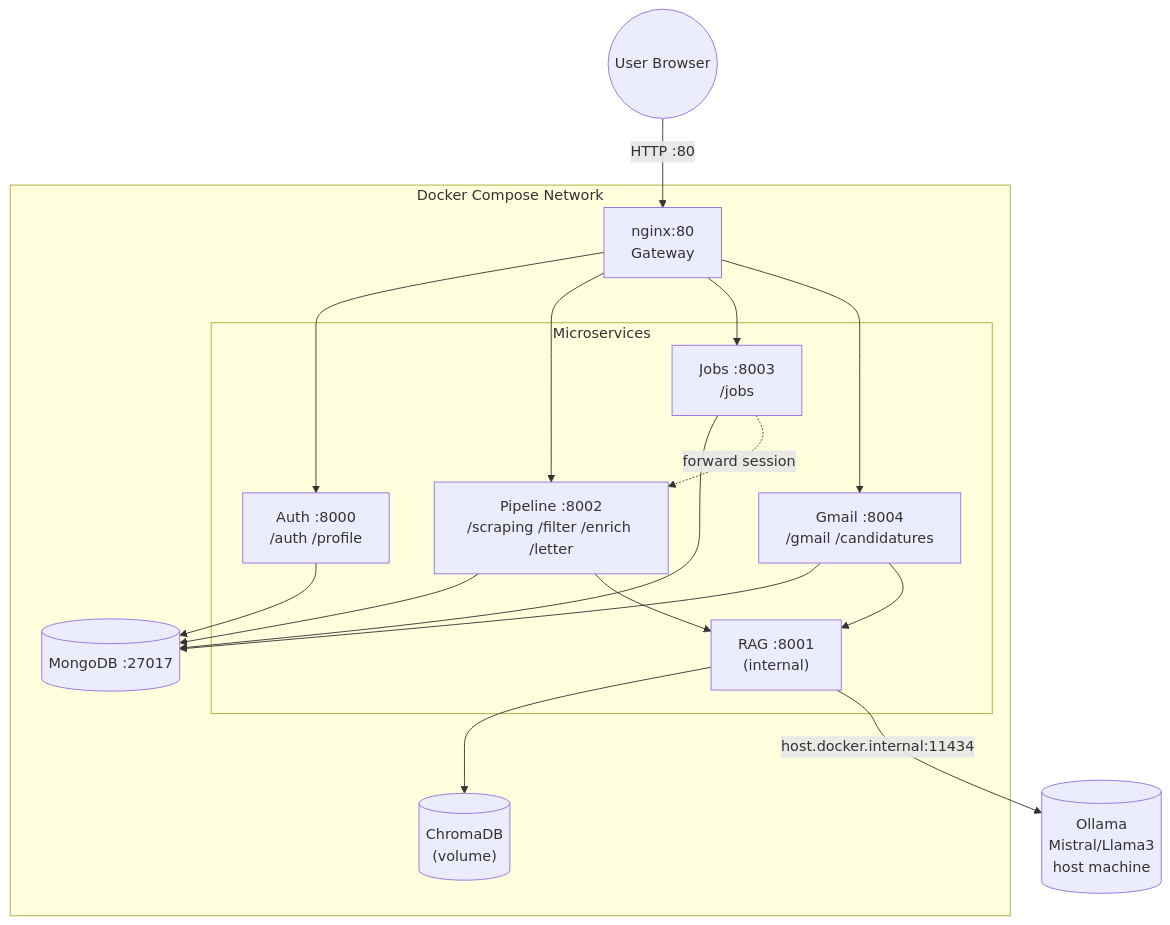
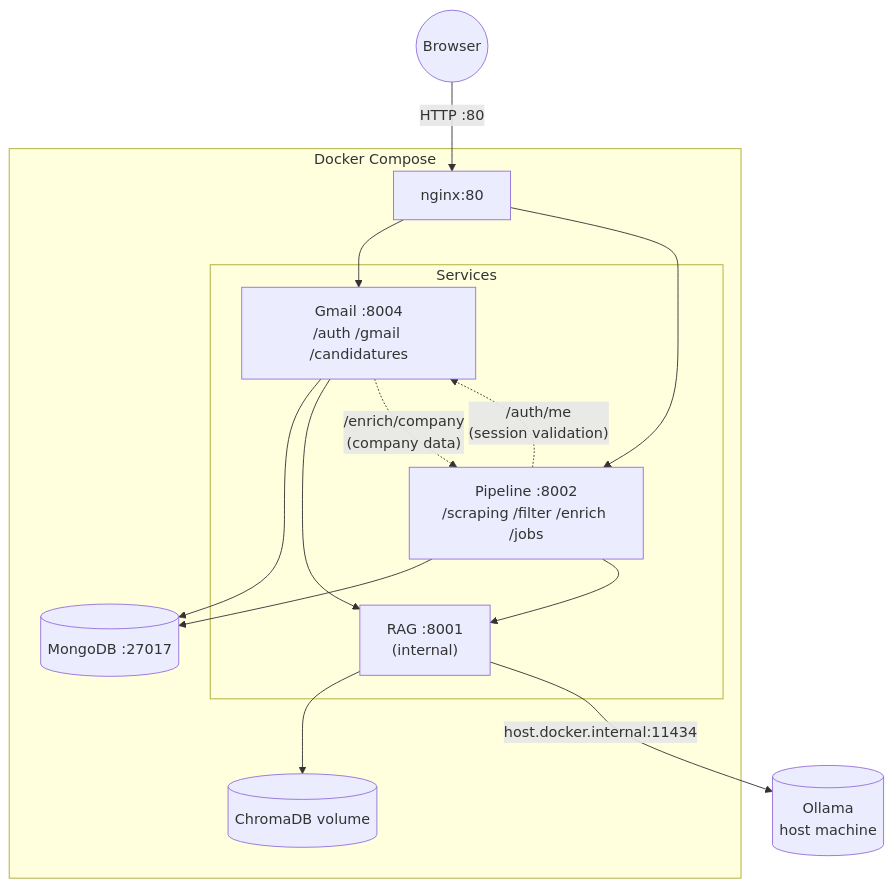
Before and after one commit to MatthieuFranques/SmartApply: the diagram in docs/ARCHITECTURE.md, drawn with Mermaid. The commit also changed other lines of this file and 8 other files, not shown here.

Commit message:
docx : update docs with RAG microservices new endpoint

````diff
--- a/docs/ARCHITECTURE.md
+++ b/docs/ARCHITECTURE.md
@@ -21,38 +17,34 @@
 ```mermaid
 graph TD
-    User((User Browser))
+    User((Browser))
 
-    subgraph Docker["Docker Compose Network"]
-        Gateway["nginx:80\nGateway"]
+    subgraph Docker["Docker Compose"]
+        Gateway["nginx:80"]
 
-        subgraph Services["Microservices"]
-            Auth["Auth :8000\n/auth /profile"]
-            Pipeline["Pipeline :8002\n/scraping /filter /enrich /letter"]
-            Jobs["Jobs :8003\n/jobs"]
-            Gmail["Gmail :8004\n/gmail /candidatures"]
+        subgraph Services["Services"]
+            Gmail["Gmail :8004\n/auth /gmail /candidatures"]
+            Pipeline["Pipeline :8002\n/scraping /filter /enrich /jobs"]
             RAG["RAG :8001\n(internal)"]
         end
 
         MongoDB[("MongoDB :27017")]
-        ChromaDB[("ChromaDB\n(volume)")]
+        ChromaDB[("ChromaDB volume")]
     end
 
-    Ollama[("Ollama\nMistral/Llama3\nhost machine")]
+    Ollama[("Ollama\nhost machine")]
 
     User -->|HTTP :80| Gateway
-    Gateway --> Auth
+    Gateway --> Gmail
     Gateway --> Pipeline
-    Gateway --> Jobs
-    Gateway --> Gmail
 
-    Auth --> MongoDB
+    Gmail --> MongoDB
+    Gmail --> RAG
+    Gmail -.->|"/enrich/company\n(company data)"| Pipeline
+
     Pipeline --> MongoDB
     Pipeline --> RAG
-    Jobs --> MongoDB
-    Jobs -.->|forward session| Pipeline
-    Gmail --> MongoDB
-    Gmail --> RAG
+    Pipeline -.->|"/auth/me\n(session validation)"| Gmail
 
     RAG --> ChromaDB
     RAG -->|"host.docker.internal:11434"| Ollama
 ```
````
